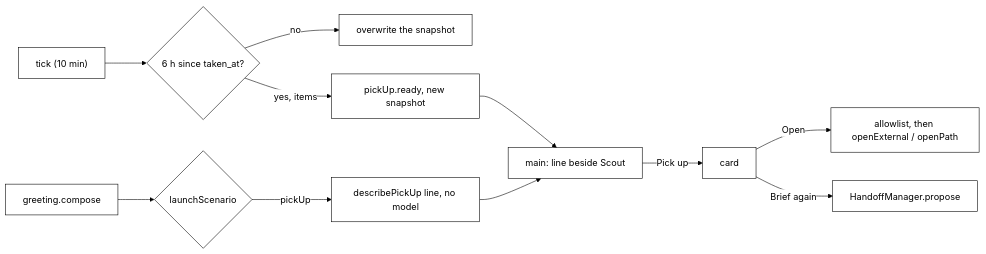
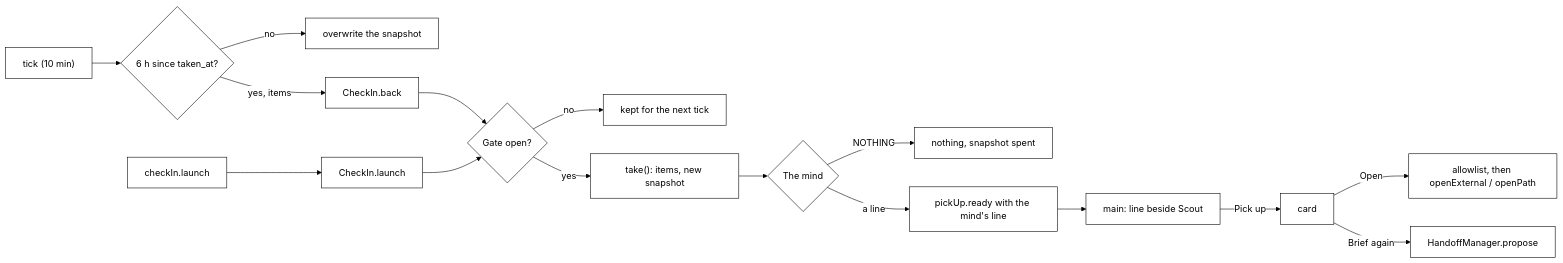
One commit to nadeem4/tagalong changed diagram 16 of 17 in docs/architecture.md. Above: the diagram before and after it, drawn with Mermaid. The commit also changed other lines of this file and 7 other files, not shown here.

First line of the commit message:
docs: the launch and back check-ins, release notes as facts, and what the hello sends

````diff
--- a/docs/architecture.md
+++ b/docs/architecture.md
@@ -2841,14 +2840,19 @@
 ```mermaid
 %%{init: {"theme": "base", "themeVariables": {"primaryColor": "#ffffff", "primaryTextColor": "#000000", "primaryBorderColor": "#000000", "lineColor": "#000000", "secondaryColor": "#ffffff", "tertiaryColor": "#ffffff", "background": "#ffffff"}}}%%
 flowchart LR
   T["tick (10 min)"] --> R{"6 h since taken_at?"}
   R -- "no" --> S["overwrite the snapshot"]
-  R -- "yes, items" --> O["pickUp.ready, new snapshot"]
-  L["greeting.compose"] --> SC{"launchScenario"}
-  SC -- "pickUp" --> D["describePickUp line, no model"]
+  R -- "yes, items" --> B["CheckIn.back"]
+  L["checkIn.launch"] --> CI["CheckIn.launch"]
+  B --> G{"Gate open?"}
+  CI --> G
+  G -- "no" --> K["kept for the next tick"]
+  G -- "yes" --> TK["take(): items, new snapshot"]
+  TK --> MD{"The mind"}
+  MD -- "NOTHING" --> X["nothing, snapshot spent"]
+  MD -- "a line" --> O["pickUp.ready with the mind's line"]
   O --> M["main: line beside Scout"]
-  D --> M
   M -- "Pick up" --> C["card"]
   C -- "Open" --> A["allowlist, then openExternal / openPath"]
   C -- "Brief again" --> H["HandoffManager.propose"]
 ```
````
